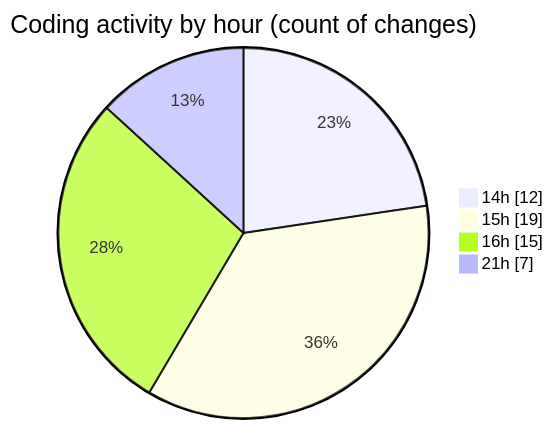
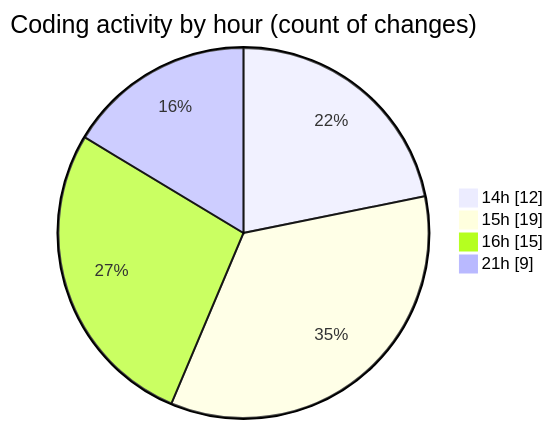
One commit to lephambinh05/code-tracking changed the second of 2 diagrams in 2025-08-10/rentotp/README.md. Above: the diagram before and after it, drawn with Mermaid. The commit also changed other lines of this file and 1 other file, not shown here.

````diff
--- a/2025-08-10/rentotp/README.md
+++ b/2025-08-10/rentotp/README.md
@@ -36,8 +36,8 @@
 ```mermaid
 pie showData
 title Coding activity by hour (count of changes)
 "14h" : 12
 "15h" : 19
 "16h" : 15
-"21h" : 7
+"21h" : 9
 ```
````
